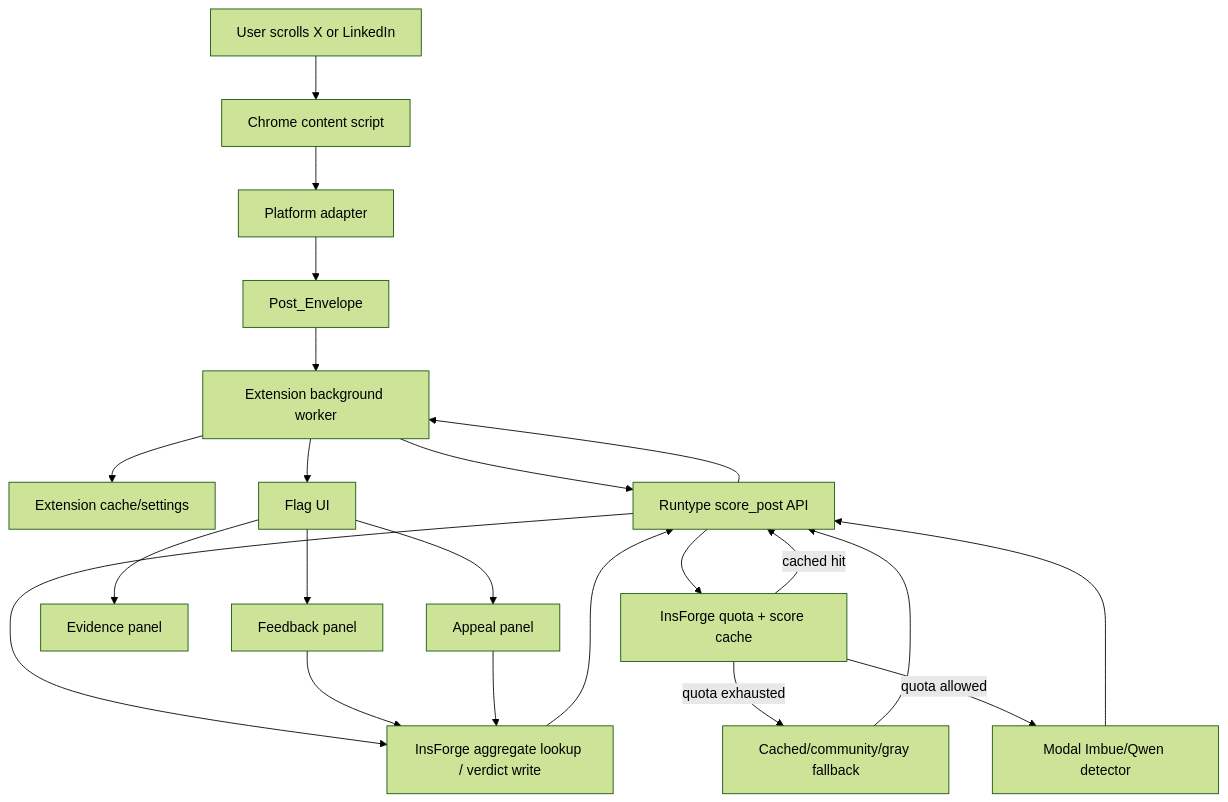
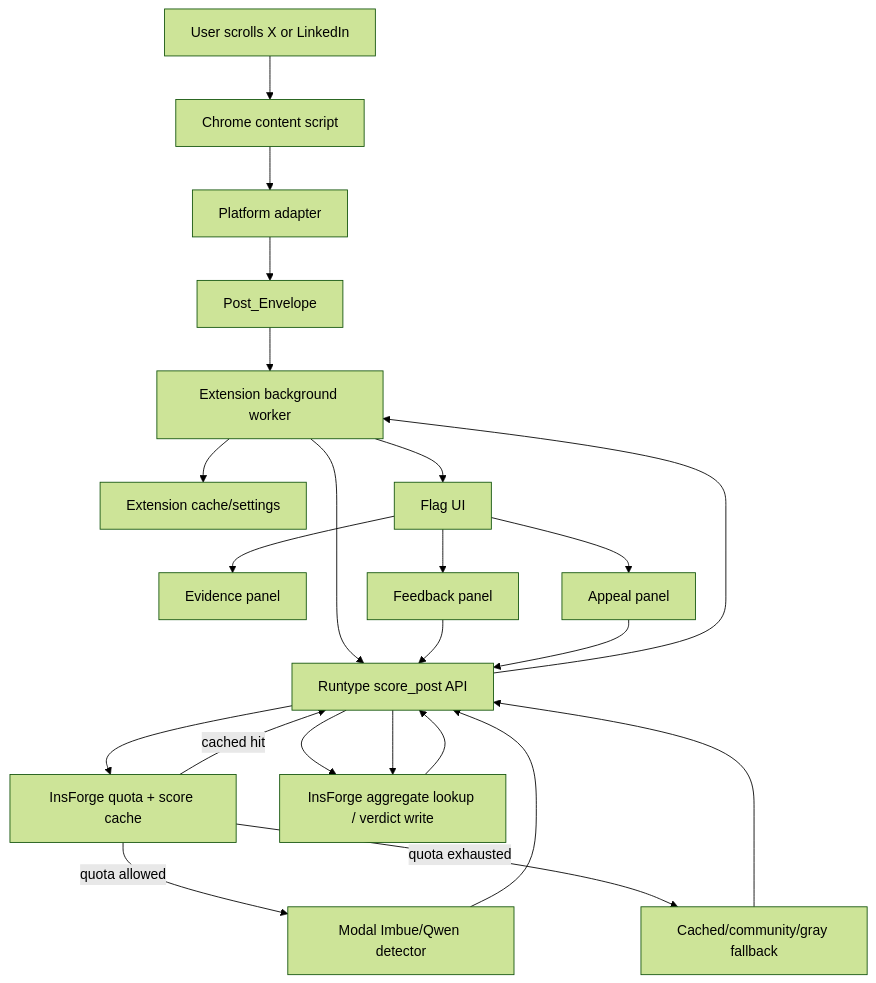
The first of 2 diagrams in specs/slop-frog/design.md (Jiyungi/slop-frog), drawn with Mermaid (forest theme) before and after one commit. The commit also changed other lines of this file and 7 other files, not shown here.

Commit message:
Add Runtype feedback appeal workflows

````diff
--- a/specs/slop-frog/design.md
+++ b/specs/slop-frog/design.md
@@ -69,24 +69,25 @@
 ```mermaid
 graph TD
     User[User scrolls X or LinkedIn] --> CS[Chrome content script]
     CS --> Adapter[Platform adapter]
     Adapter --> Envelope[Post_Envelope]
     Envelope --> BG[Extension background worker]
     BG --> Cache[Extension cache/settings]
     BG --> RT[Runtype score_post API]
     RT --> Limit[InsForge quota + score cache]
     Limit -->|cached hit| RT
     Limit -->|quota allowed| Modal[Modal Imbue/Qwen detector]
     Limit -->|quota exhausted| Fallback[Cached/community/gray fallback]
     Modal --> RT
     RT --> IF[InsForge aggregate lookup / verdict write]
     Fallback --> RT
     IF --> RT
     RT --> BG
     BG --> UI[Flag UI]
     UI --> Evidence[Evidence panel]
     UI --> Feedback[Feedback panel]
     UI --> Appeal[Appeal panel]
-    Feedback --> IF
-    Appeal --> IF
+    Feedback --> RT
+    Appeal --> RT
+    RT --> IF
 ```
````
